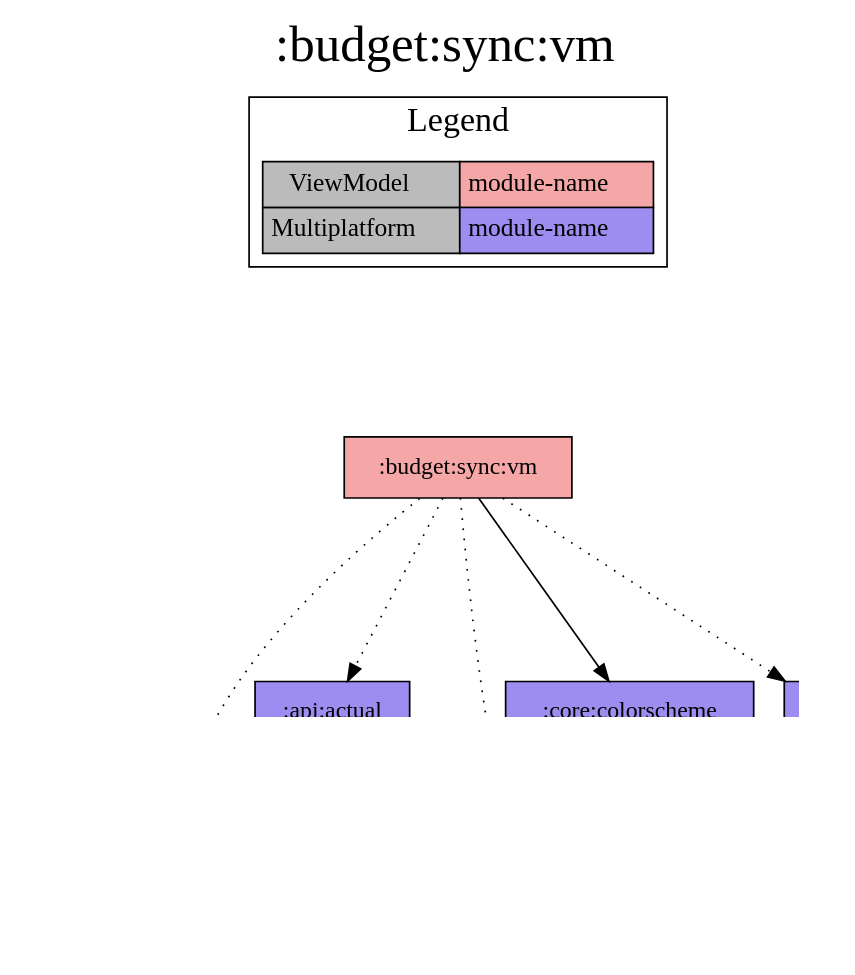
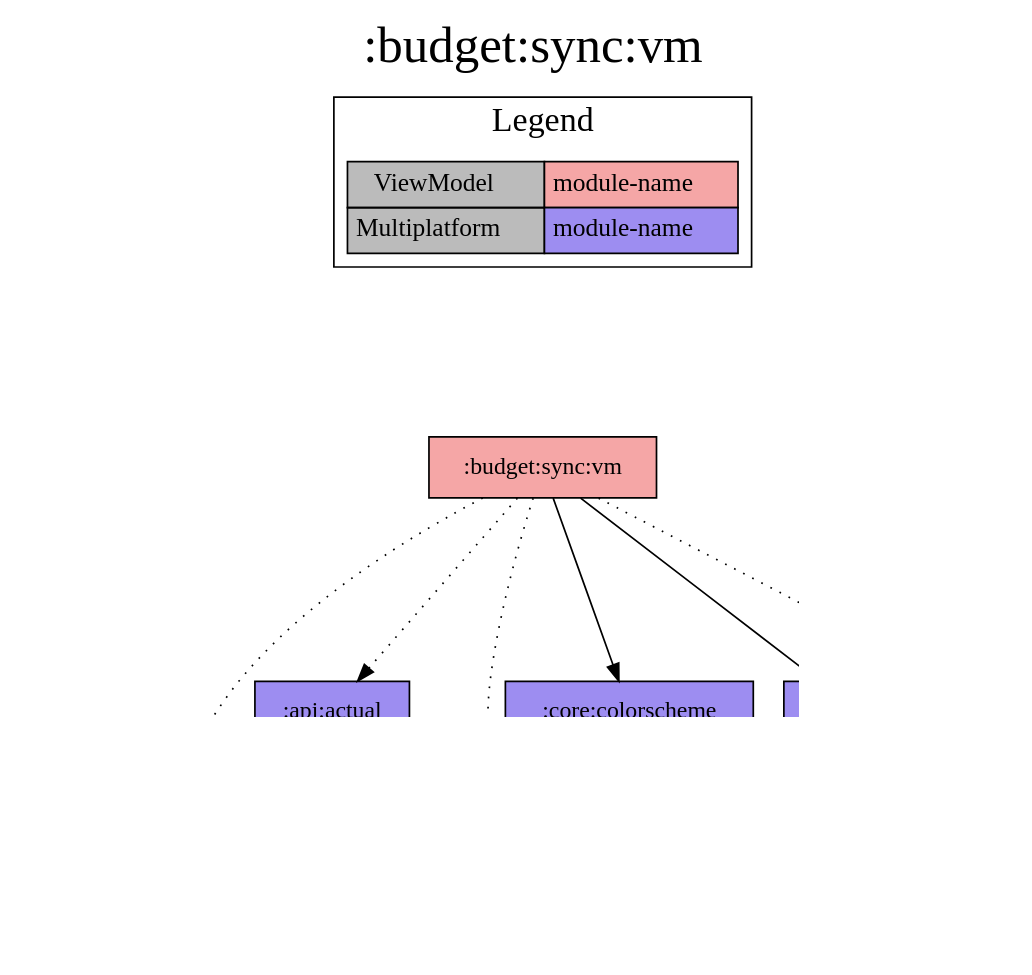
Before and after one commit to jonapoul/aktual: the diagram in modules/budget/sync/vm/project-dependency-graph.dot, drawn with Graphviz. The commit also changed 33 other files, not shown here.

```diff
--- a/modules/budget/sync/vm/project-dependency-graph.dot
+++ b/modules/budget/sync/vm/project-dependency-graph.dot
@@ -1,34 +1,36 @@
 digraph {
 edge ["dir"="forward"]
 graph ["dpi"="100","label"=":budget:sync:vm","labelloc"="t","fontsize"="30","ranksep"="1.5","rankdir"="TB"]
 node ["style"="filled"]
 ":account:model" ["fillcolor"="#9D8DF1","shape"="box"]
 ":api:actual" ["fillcolor"="#9D8DF1","shape"="box"]
 ":budget:model" ["fillcolor"="#9D8DF1","shape"="box"]
 ":budget:sync:vm" ["fillcolor"="#F5A6A6","shape"="box"]
 ":core:colorscheme" ["fillcolor"="#9D8DF1","shape"="box"]
+":core:files" ["fillcolor"="#9D8DF1","shape"="box"]
 ":log" ["fillcolor"="#9D8DF1","shape"="box"]
 ":url:model" ["fillcolor"="#9D8DF1","shape"="box"]
 {
 edge ["dir"="none"]
 graph ["rank"="same"]
 }
 ":api:actual" -> ":account:model"
 ":api:actual" -> ":budget:model"
 ":api:actual" -> ":url:model"
 ":budget:sync:vm" -> ":account:model" ["style"="dotted"]
 ":budget:sync:vm" -> ":api:actual" ["style"="dotted"]
 ":budget:sync:vm" -> ":budget:model" ["style"="dotted"]
 ":budget:sync:vm" -> ":core:colorscheme"
+":budget:sync:vm" -> ":core:files"
 ":budget:sync:vm" -> ":log" ["style"="dotted"]
 subgraph "cluster_legend" {
 edge ["dir"="none"]
 graph ["label"="Legend","fontsize"="20"]
 "Legend" ["style"="filled","fillcolor"="#bbbbbb","shape"="none","margin"="0","fontsize"="15","label"=<
 <TABLE BORDER="0" CELLBORDER="1" CELLSPACING="0" CELLPADDING="4">
 <TR><TD>ViewModel</TD><TD BGCOLOR="#F5A6A6">module-name</TD></TR>
 <TR><TD>Multiplatform</TD><TD BGCOLOR="#9D8DF1">module-name</TD></TR>
 </TABLE>
 >]
 } -> ":budget:sync:vm" ["style"="invis"]
 }
```
